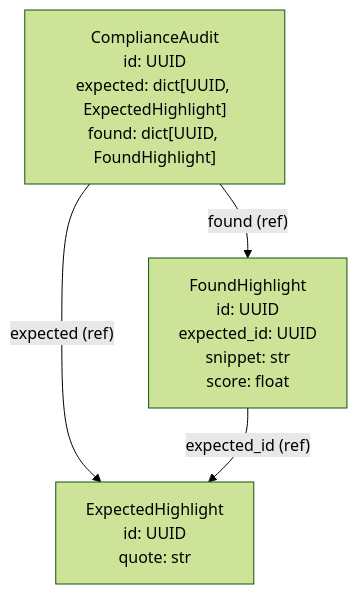
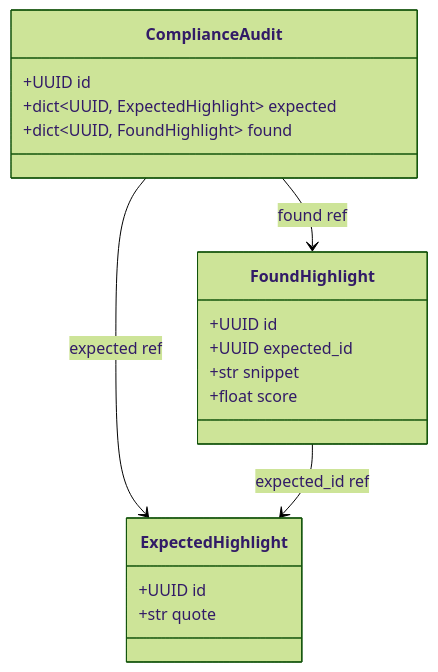
One commit to release-art/pydantic-prism changed the third of 6 diagrams in examples/dict_keyed_refs/README.md. Above: the diagram before and after it, drawn with Mermaid (forest theme). The commit also changed other lines of this file and 7 other files, not shown here.

````diff
--- a/examples/dict_keyed_refs/README.md
+++ b/examples/dict_keyed_refs/README.md
@@ -35,10 +43,22 @@
 ```mermaid
-graph TD
-    ComplianceAudit["ComplianceAudit<br/>id: UUID<br/>expected: dict[UUID, ExpectedHighlight]<br/>found: dict[UUID, FoundHighlight]"]
-    ExpectedHighlight["ExpectedHighlight<br/>id: UUID<br/>quote: str"]
-    FoundHighlight["FoundHighlight<br/>id: UUID<br/>expected_id: UUID<br/>snippet: str<br/>score: float"]
-    ComplianceAudit -->|"expected (ref)"| ExpectedHighlight
-    ComplianceAudit -->|"found (ref)"| FoundHighlight
-    FoundHighlight -->|"expected_id (ref)"| ExpectedHighlight
-    classDef partial stroke-dasharray: 5 5;
+classDiagram
+    direction TB
+    class ComplianceAudit {
+        +UUID id
+        +dict~UUID, ExpectedHighlight~ expected
+        +dict~UUID, FoundHighlight~ found
+    }
+    class ExpectedHighlight {
+        +UUID id
+        +str quote
+    }
+    class FoundHighlight {
+        +UUID id
+        +UUID expected_id
+        +str snippet
+        +float score
+    }
+    ComplianceAudit --> ExpectedHighlight : expected ref
+    ComplianceAudit --> FoundHighlight : found ref
+    FoundHighlight --> ExpectedHighlight : expected_id ref
 ```
````
